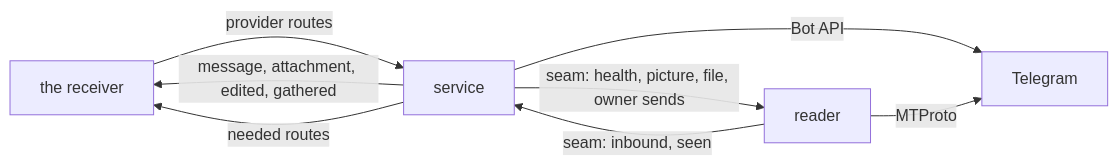
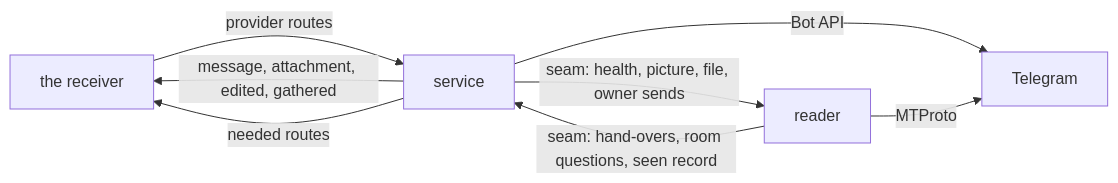
Before and after one commit to ahas/bmo-telegram: the diagram in docs/boundary-api.md, drawn with Mermaid. The commit also changed other lines of this file and 5 other files, not shown here.

````diff
--- a/docs/boundary-api.md
+++ b/docs/boundary-api.md
@@ -16,10 +16,10 @@
 ```mermaid
 flowchart LR
   Rx[the receiver] -->|provider routes| S[service]
   S -->|message, attachment, edited, gathered| Rx
   S -->|needed routes| Rx
   S -->|Bot API| TG[Telegram]
   S -->|seam: health, picture, file, owner sends| R[reader]
-  R -->|seam: inbound, seen| S
+  R -->|seam: hand-overs, room questions, seen record| S
   R -->|MTProto| TG
 ```
````
